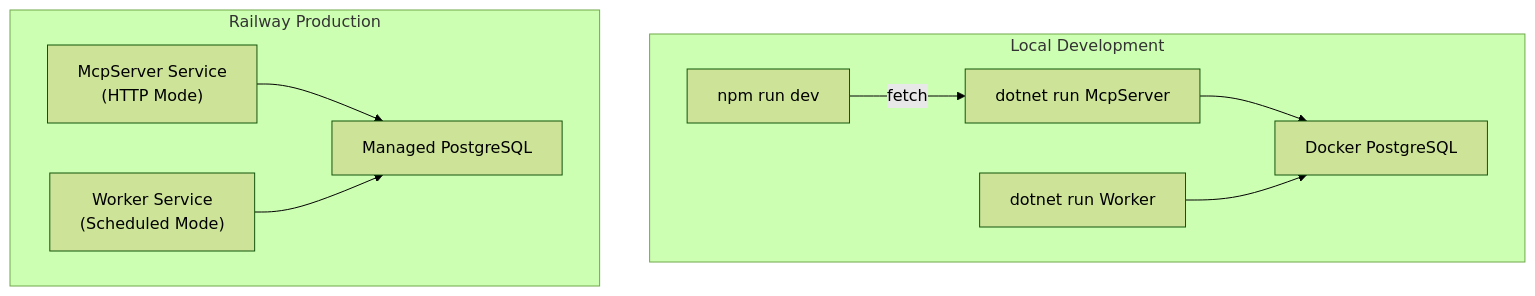
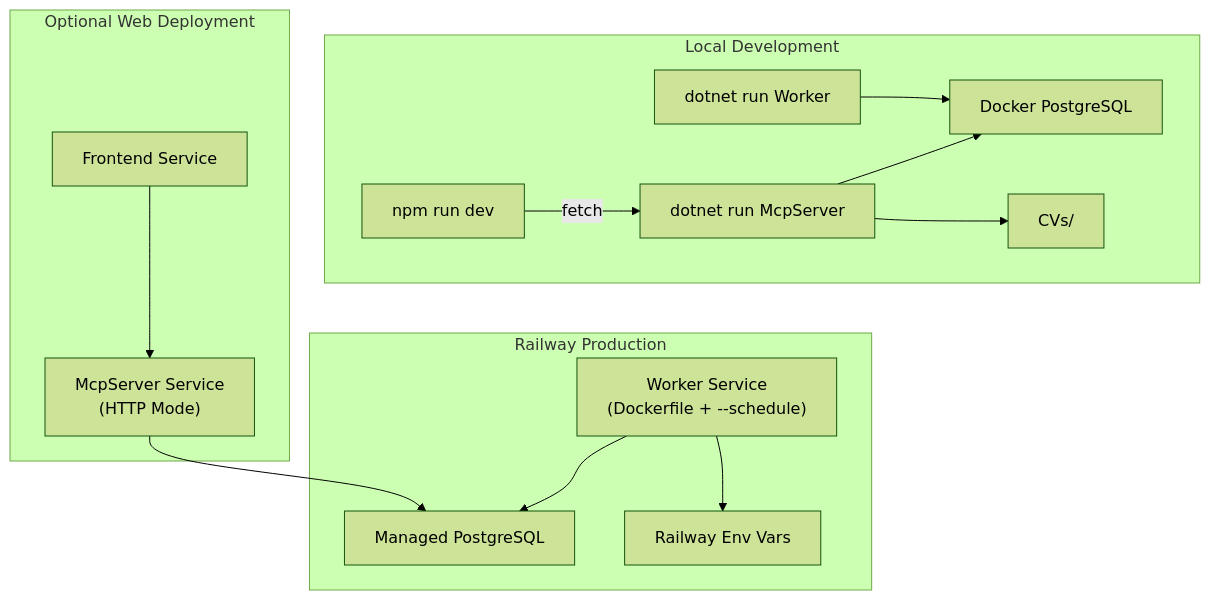
Before and after one commit to ekanatha-urivakili/AiJobSearchAgent: the second of 6 diagrams in docs/job-search-agent-architecture.md, drawn with Mermaid (forest theme). The commit also changed other lines of this file and 19 other files, not shown here.

````diff
--- a/docs/job-search-agent-architecture.md
+++ b/docs/job-search-agent-architecture.md
@@ -61,20 +71,29 @@
 ```mermaid
 flowchart TB
     subgraph Local["Local Development"]
         DevMcp["dotnet run McpServer"]
         DevWorker["dotnet run Worker"]
         DevUI["npm run dev"]
         LocalPg["Docker PostgreSQL"]
+        LocalCvs["CVs/"]
         DevMcp --> LocalPg
         DevWorker --> LocalPg
+        DevMcp --> LocalCvs
         DevUI -- fetch --> DevMcp
     end
 
     subgraph Railway["Railway Production"]
+        RailwayWorker["Worker Service\n(Dockerfile + --schedule)"]
+        RailwayPg["Managed PostgreSQL"]
+        RailwayVars["Railway Env Vars"]
+        RailwayWorker --> RailwayPg
+        RailwayWorker --> RailwayVars
+    end
+
+    subgraph OptionalWeb["Optional Web Deployment"]
         RailwayMcp["McpServer Service\n(HTTP Mode)"]
-        RailwayWorker["Worker Service\n(Scheduled Mode)"]
-        RailwayPg["Managed PostgreSQL"]
+        Frontend["Frontend Service"]
+        Frontend --> RailwayMcp
         RailwayMcp --> RailwayPg
-        RailwayWorker --> RailwayPg
     end
 ```
````
